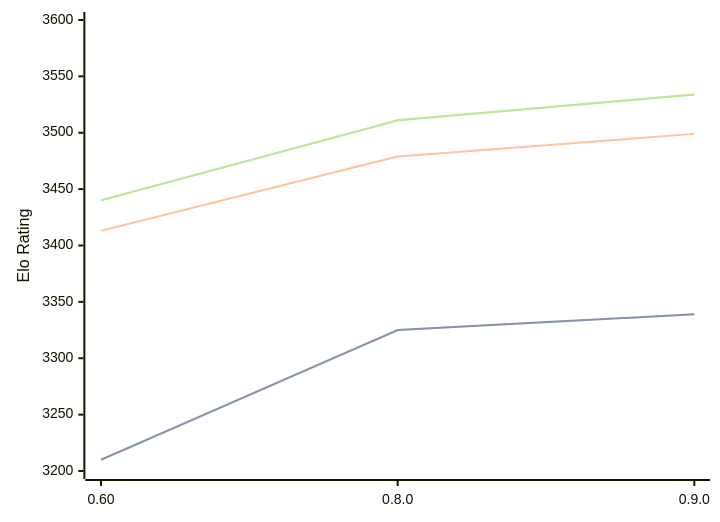
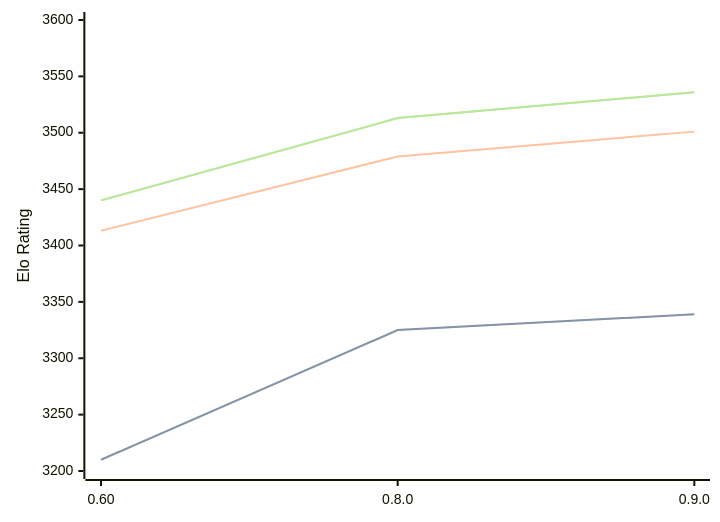
One commit to computer-chess-index/cci changed the diagram in engines/Motor.md. Above: the diagram before and after it, drawn with Mermaid. The commit also changed other lines of this file, not shown here.

Commit message:
Update CCI Ratings (ELO VLTC) - 2026-09-02

````diff
--- a/engines/Motor.md
+++ b/engines/Motor.md
@@ -33,11 +33,11 @@
 ```mermaid
 %%{init: {"theme":"base","themeVariables":{"seriesColors:['#a3a3a3','#222221','#faa371']}}}%%
 xychart-beta
   x-axis ["0.60", "0.8.0", "0.9.0"]
   y-axis "Elo Rating" 3200 --> 3600
   line "" [3210, 3325, 3339]
   line "STC (8.0+0.08s)" [3210, 3325, 3339]
-  line "LTC (60.0+0.60s)" [3413, 3479, 3499]
-  line "" [3440, 3511, 3534]
-  line "VLTC (2m24s+1.12s)" [3440, 3511, 3534]
+  line "LTC (60.0+0.60s)" [3413, 3479, 3501]
+  line "" [3440, 3513, 3536]
+  line "VLTC (2m24s+1.12s)" [3440, 3513, 3536]
 ```
````
